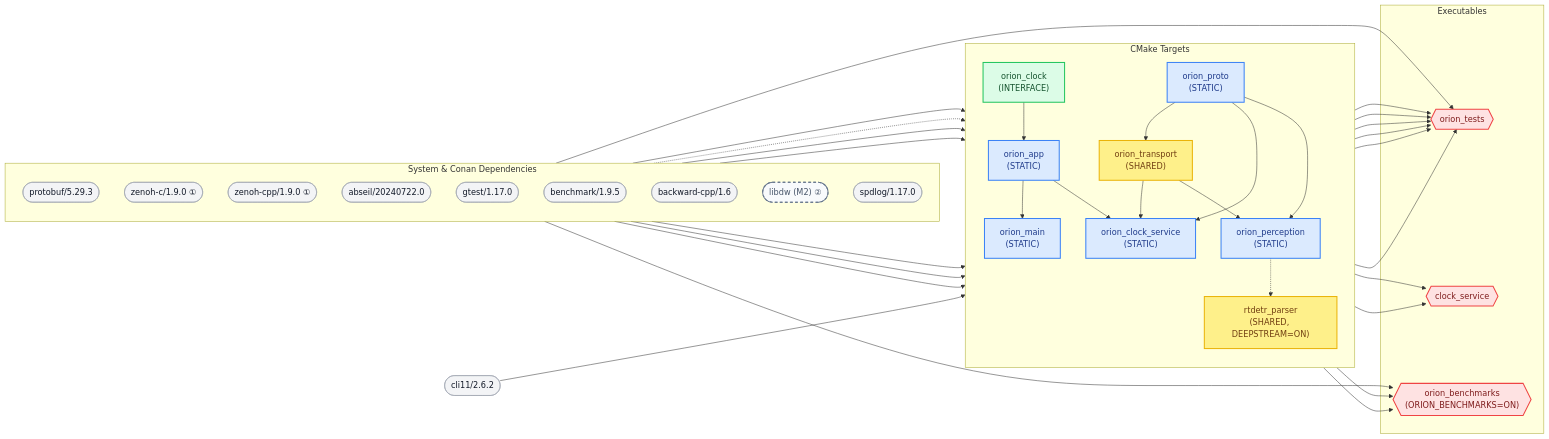
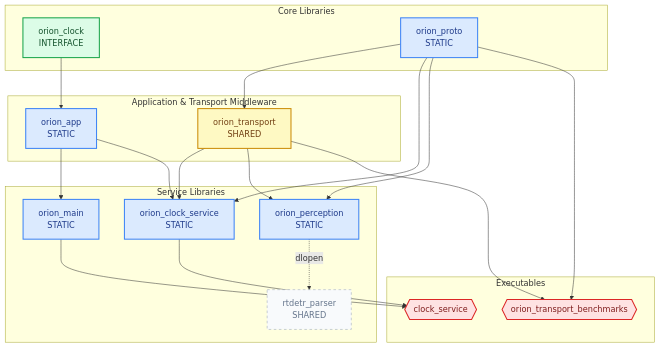
One commit to Unmanned-Constellation/orion changed the first of 2 diagrams in docs/architecture.md. Above: the diagram before and after it, drawn with Mermaid. The commit also changed other lines of this file and 18 other files, not shown here.

First line of the commit message:
chore(dev): overhaul devcontainer setup and rename transport benchmarks

````diff
--- a/docs/architecture.md
+++ b/docs/architecture.md
@@ -9,82 +7,40 @@
 ```{mermaid}
-flowchart LR
-    %% Semantic Style Definitions
-    classDef external   fill:#f3f4f6,stroke:#9ca3af,stroke-width:1px,color:#111827
-    classDef interface  fill:#dcfce7,stroke:#22c55e,stroke-width:2px,color:#14532d
-    classDef staticLib  fill:#dbeafe,stroke:#3b82f6,stroke-width:2px,color:#1e3a8a
-    classDef sharedLib  fill:#fef08a,stroke:#eab308,stroke-width:2px,color:#713f12
-    classDef executable fill:#fee2e2,stroke:#ef4444,stroke-width:2px,color:#7f1d1d
-    classDef planned    fill:#f8fafc,stroke:#64748b,stroke-width:2px,stroke-dasharray: 5 5,color:#475569
+flowchart TD
+    classDef iface fill:#dcfce7,stroke:#16a34a,stroke-width:2px,color:#14532d
+    classDef stat  fill:#dbeafe,stroke:#3b82f6,stroke-width:2px,color:#1e3a8a
+    classDef share fill:#fef9c3,stroke:#ca8a04,stroke-width:2px,color:#713f12
+    classDef exe   fill:#fee2e2,stroke:#dc2626,stroke-width:2px,color:#7f1d1d
+    classDef plan  fill:#f8fafc,stroke:#94a3b8,stroke-width:1px,stroke-dasharray:5 5,color:#64748b
 
-    subgraph External ["System & Conan Dependencies"]
-        direction TB
-        protobuf(["protobuf/5.29.3"]):::external
-        zenohc(["zenoh-c/1.9.0 ①"]):::external
-        zenohcpp(["zenoh-cpp/1.9.0 ①"]):::external
-        abseil(["abseil/20240722.0"]):::external
-        gtest(["gtest/1.17.0"]):::external
-        gbench(["benchmark/1.9.5"]):::external
-        backwardcpp(["backward-cpp/1.6"]):::external
-
-        libdw(["libdw (M2) ②"]):::planned
-        spdlog(["spdlog/1.17.0"]):::external
+    subgraph Core [Core Libraries]
+        orion_clock["orion_clock<br/>INTERFACE"]:::iface
+        orion_proto["orion_proto<br/>STATIC"]:::stat
     end
 
-    subgraph Modules ["CMake Targets"]
-        direction TB
-        orion_clock["orion_clock<br/>(INTERFACE)"]:::interface
-        orion_proto["orion_proto<br/>(STATIC)"]:::staticLib
-        orion_app["orion_app<br/>(STATIC)"]:::staticLib
-        orion_transport["orion_transport<br/>(SHARED)"]:::sharedLib
-        orion_clock_service["orion_clock_service<br/>(STATIC)"]:::staticLib
-        orion_main["orion_main<br/>(STATIC)"]:::staticLib
-        orion_perception["orion_perception<br/>(STATIC)"]:::staticLib
-        rtdetr_parser["rtdetr_parser<br/>(SHARED, DEEPSTREAM=ON)"]:::sharedLib
+    subgraph Middleware [Application & Transport Middleware]
+        orion_app["orion_app<br/>STATIC"]:::stat
+        orion_transport["orion_transport<br/>SHARED"]:::share
     end
 
-    subgraph Executables ["Executables"]
-        orion_tests{{"orion_tests"}}:::executable
-        clock_service{{"clock_service"}}:::executable
-        orion_benchmarks{{"orion_benchmarks<br/>(ORION_BENCHMARKS=ON)"}}:::executable
+    subgraph Services [Service Libraries]
+        orion_main["orion_main<br/>STATIC"]:::stat
+        orion_clock_service["orion_clock_service<br/>STATIC"]:::stat
+        orion_perception["orion_perception<br/>STATIC"]:::stat
+        rtdetr_parser["rtdetr_parser<br/>SHARED"]:::plan
     end
 
-    %% External to Module Edges
-    protobuf    --> orion_proto
-    abseil      --> orion_proto
-    zenohc      --> orion_transport
-    zenohcpp    --> orion_transport
+    subgraph Executables [Executables]
+        clock_service{{"clock_service"}}:::exe
+        orion_transport_benchmarks{{"orion_transport_benchmarks"}}:::exe
+    end
 
-    backwardcpp --> orion_app
-    libdw       -.-> orion_app
-    spdlog      --> orion_app
-    cli11(["cli11/2.6.2"]):::external --> orion_main
+    orion_clock --> orion_app
+    orion_proto --> orion_transport
+    orion_app   --> orion_main
+    orion_app & orion_proto & orion_transport --> orion_clock_service
+    orion_proto & orion_transport             --> orion_perception
+    orion_perception -.->|dlopen| rtdetr_parser
 
-    %% Internal Module Edges
-    orion_proto --> orion_transport
-    orion_clock --> orion_app
-    orion_app   --> orion_main
-
-    %% Executable Edges
-    orion_clock     --> orion_tests
-    orion_app       --> orion_tests
-    orion_transport --> orion_tests
-    orion_proto     --> orion_tests
-    orion_main      --> orion_tests
-    gtest           --> orion_tests
-
-    orion_app            --> orion_clock_service
-    orion_transport      --> orion_clock_service
-    orion_proto          --> orion_clock_service
-    orion_clock_service  --> clock_service
-    orion_main           --> clock_service
-
-    gbench          --> orion_benchmarks
-    orion_transport --> orion_benchmarks
-    orion_proto     --> orion_benchmarks
-
-    %% orion_perception
-    orion_proto          --> orion_perception
-    orion_transport      --> orion_perception
-    orion_perception     --> orion_tests
-    orion_perception     -.-> rtdetr_parser
+    orion_clock_service & orion_main --> clock_service
+    orion_transport & orion_proto    --> orion_transport_benchmarks
 ```
````
